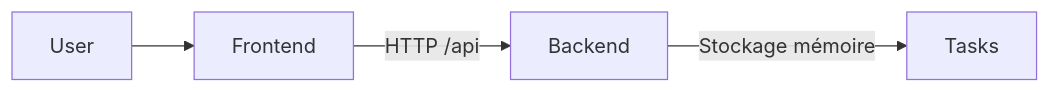
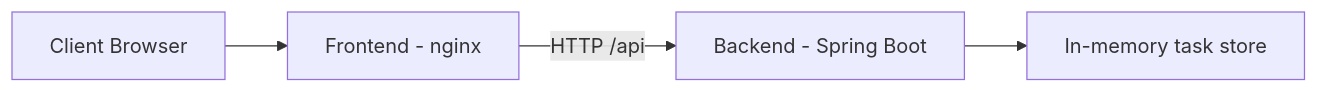
One commit to najeh-toumi-devops/k8s-demo-app changed the diagram in README.md. Above: the diagram before and after it, drawn with Mermaid. The commit also changed other lines of this file, not shown here.

````diff
--- a/README.md
+++ b/README.md
@@ -19,6 +23,6 @@
 ```mermaid
 flowchart LR
-    User --> Frontend
-    Frontend -->|HTTP /api| Backend
-    Backend -->|Stockage mémoire| Tasks
+    User[Client Browser] --> FE[Frontend - nginx]
+    FE -->|HTTP /api| BE[Backend - Spring Boot]
+    BE --> TASKS[In-memory task store]
 ```
````
